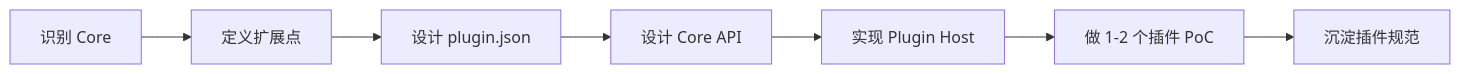
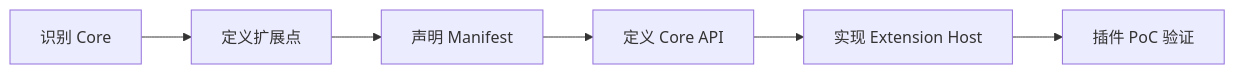
One commit to XiaoYang1127/dev-doc changed the seventh of 8 diagrams in job/mod/pc-plugin-vscode.md. Above: the diagram before and after it, drawn with Mermaid. The commit also changed other lines of this file and 5 other files, not shown here.

````diff
--- a/job/mod/pc-plugin-vscode.md
+++ b/job/mod/pc-plugin-vscode.md
@@ -359,9 +331,8 @@
 ```mermaid
 flowchart LR
     A[识别 Core] --> B[定义扩展点]
-    B --> C[设计 plugin.json]
-    C --> D[设计 Core API]
-    D --> E[实现 Plugin Host]
-    E --> F[做 1-2 个插件 PoC]
-    F --> G[沉淀插件规范]
+    B --> C[声明 Manifest]
+    C --> D[定义 Core API]
+    D --> E[实现 Extension Host]
+    E --> F[插件 PoC 验证]
 ```
````
